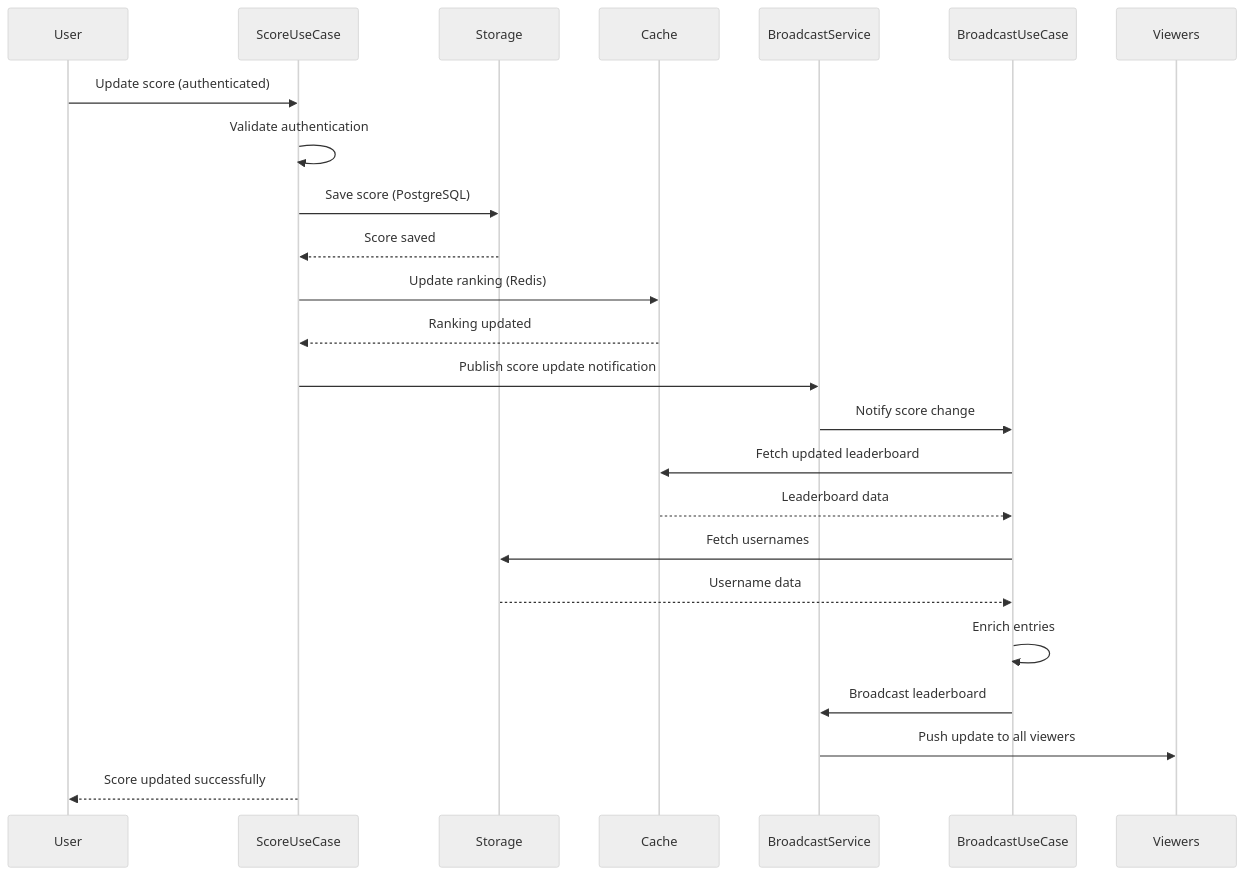
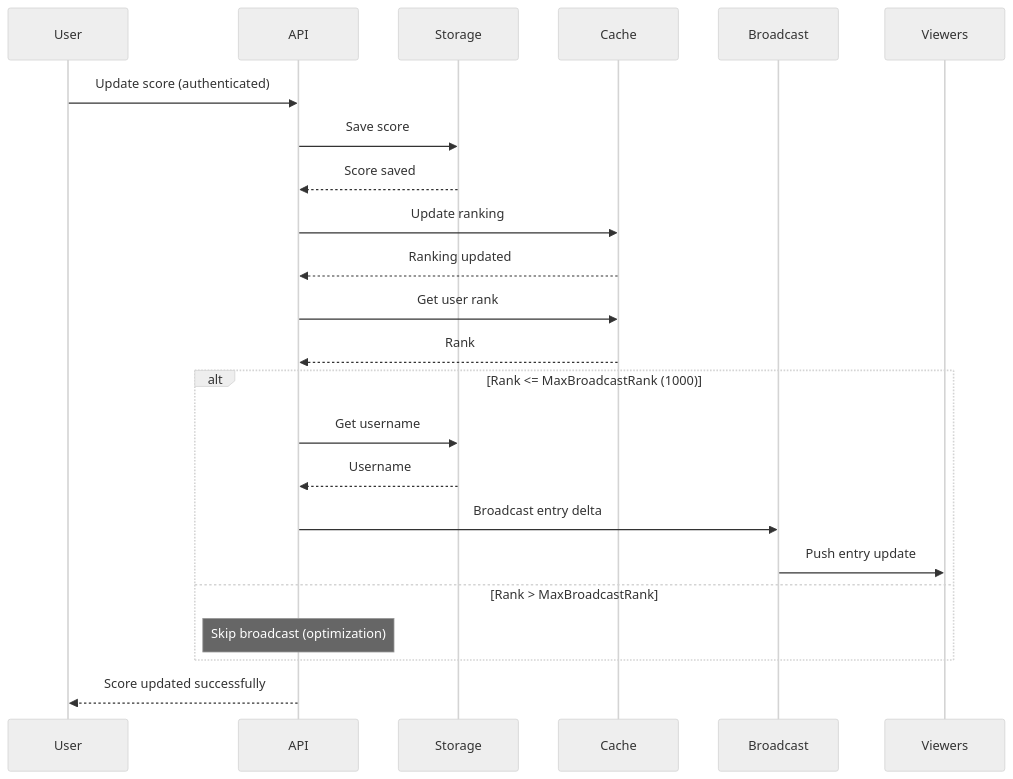
The third of 4 diagrams in docs/modules.md (nhatnam1507/real-time-leaderboard), drawn with Mermaid (neutral theme) before and after one commit. The commit also changed other lines of this file and 49 other files, not shown here.

First line of the commit message:
Enhance leaderboard flow and add UT (#4)

````diff
--- a/docs/modules.md
+++ b/docs/modules.md
@@ -145,27 +132,28 @@
 ```mermaid
 sequenceDiagram
     participant User
-    participant ScoreUseCase
+    participant API
     participant Storage
     participant Cache
-    participant BroadcastService
-    participant BroadcastUseCase
+    participant Broadcast
     participant Viewers
     
-    User->>ScoreUseCase: Update score (authenticated)
-    ScoreUseCase->>ScoreUseCase: Validate authentication
-    ScoreUseCase->>Storage: Save score (PostgreSQL)
-    Storage-->>ScoreUseCase: Score saved
-    ScoreUseCase->>Cache: Update ranking (Redis)
-    Cache-->>ScoreUseCase: Ranking updated
-    ScoreUseCase->>BroadcastService: Publish score update notification
-    BroadcastService->>BroadcastUseCase: Notify score change
-    BroadcastUseCase->>Cache: Fetch updated leaderboard
-    Cache-->>BroadcastUseCase: Leaderboard data
-    BroadcastUseCase->>Storage: Fetch usernames
-    Storage-->>BroadcastUseCase: Username data
-    BroadcastUseCase->>BroadcastUseCase: Enrich entries
-    BroadcastUseCase->>BroadcastService: Broadcast leaderboard
-    BroadcastService->>Viewers: Push update to all viewers
-    ScoreUseCase-->>User: Score updated successfully
+    User->>API: Update score (authenticated)
+    API->>Storage: Save score
+    Storage-->>API: Score saved
+    API->>Cache: Update ranking
+    Cache-->>API: Ranking updated
+    API->>Cache: Get user rank
+    Cache-->>API: Rank
+    
+    alt Rank <= MaxBroadcastRank (1000)
+        API->>Storage: Get username
+        Storage-->>API: Username
+        API->>Broadcast: Broadcast entry delta
+        Broadcast->>Viewers: Push entry update
+    else Rank > MaxBroadcastRank
+        Note over API: Skip broadcast (optimization)
+    end
+    
+    API-->>User: Score updated successfully
 ```
````
